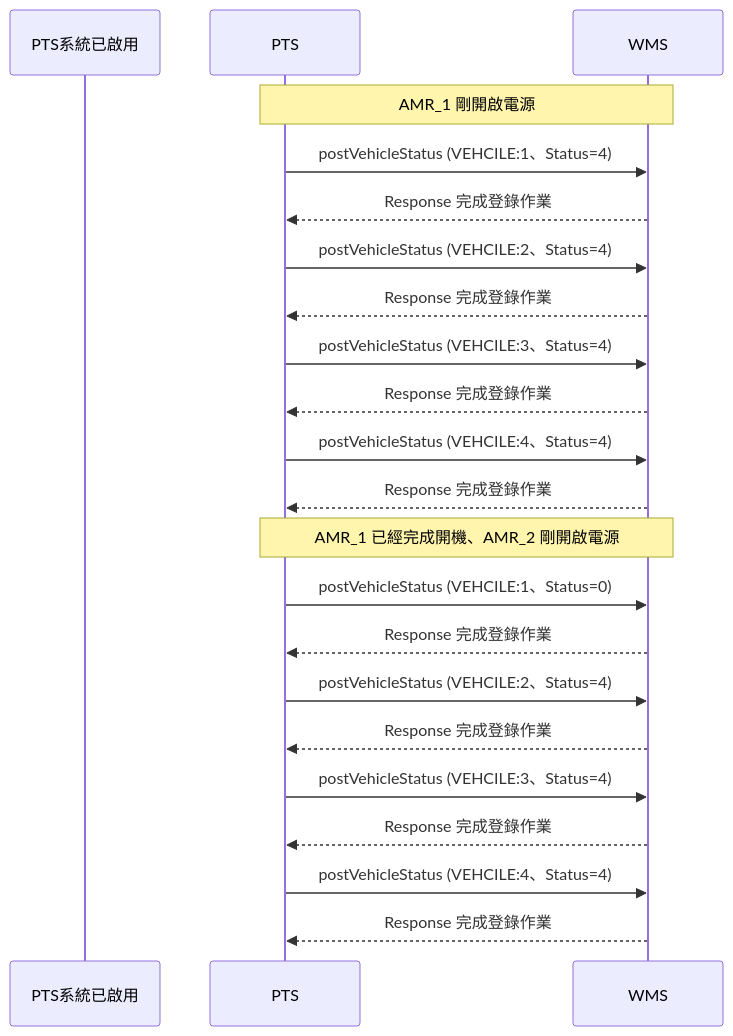
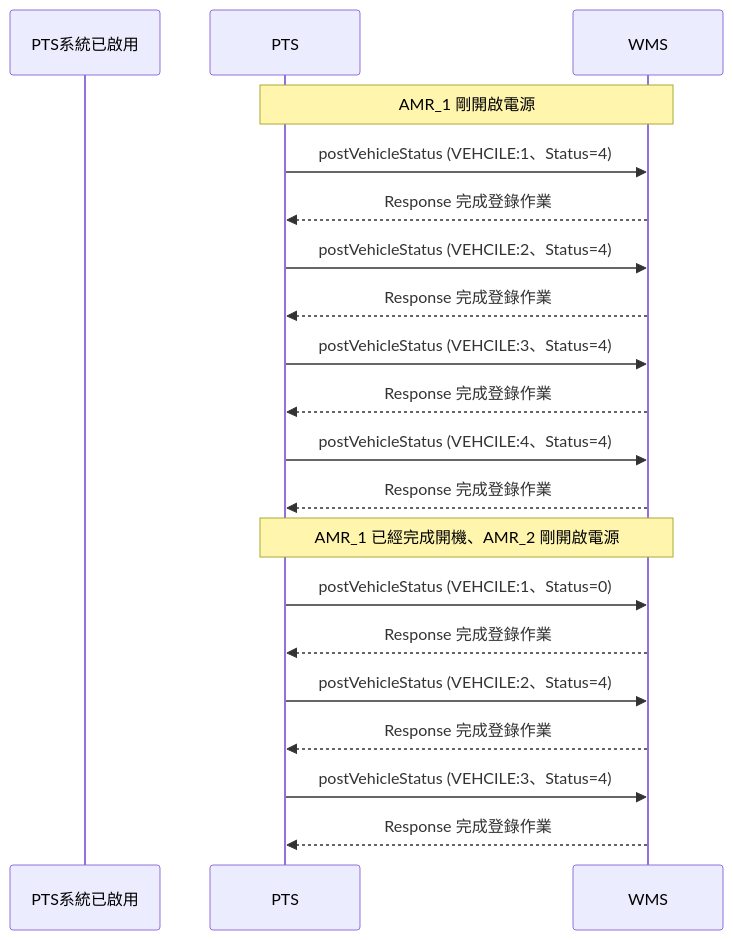
The fifth of 6 diagrams in README.md (athena-tircgo/amr-wms-lsj), drawn with Mermaid before and after one commit.

````diff
--- a/README.md
+++ b/README.md
@@ -309,27 +309,25 @@
 ```mermaid
 sequenceDiagram
     participant PTS系統已啟用
     participant PTS
     participant WMS
 
     note over PTS,WMS: AMR_1 剛開啟電源
         PTS->>WMS: postVehicleStatus (VEHCILE:1、Status=4)
         WMS-->>PTS: Response 完成登錄作業
         PTS->>WMS: postVehicleStatus (VEHCILE:2、Status=4)
         WMS-->>PTS: Response 完成登錄作業
         PTS->>WMS: postVehicleStatus (VEHCILE:3、Status=4)
         WMS-->>PTS: Response 完成登錄作業
         PTS->>WMS: postVehicleStatus (VEHCILE:4、Status=4)
         WMS-->>PTS: Response 完成登錄作業
 
     note over PTS,WMS: AMR_1 已經完成開機、AMR_2 剛開啟電源
         PTS->>WMS: postVehicleStatus (VEHCILE:1、Status=0)
         WMS-->>PTS: Response 完成登錄作業
         PTS->>WMS: postVehicleStatus (VEHCILE:2、Status=4)
         WMS-->>PTS: Response 完成登錄作業
         PTS->>WMS: postVehicleStatus (VEHCILE:3、Status=4)
         WMS-->>PTS: Response 完成登錄作業
-        PTS->>WMS: postVehicleStatus (VEHCILE:4、Status=4)
-        WMS-->>PTS: Response 完成登錄作業
 
 ```
````
